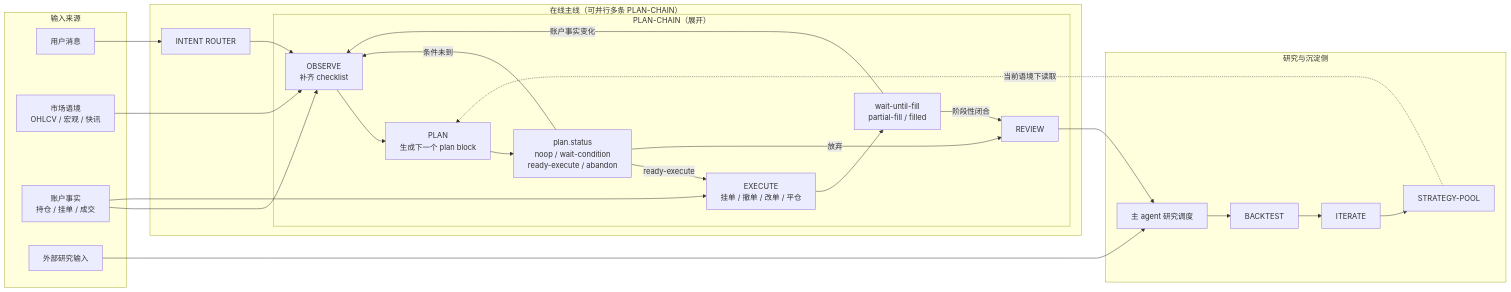
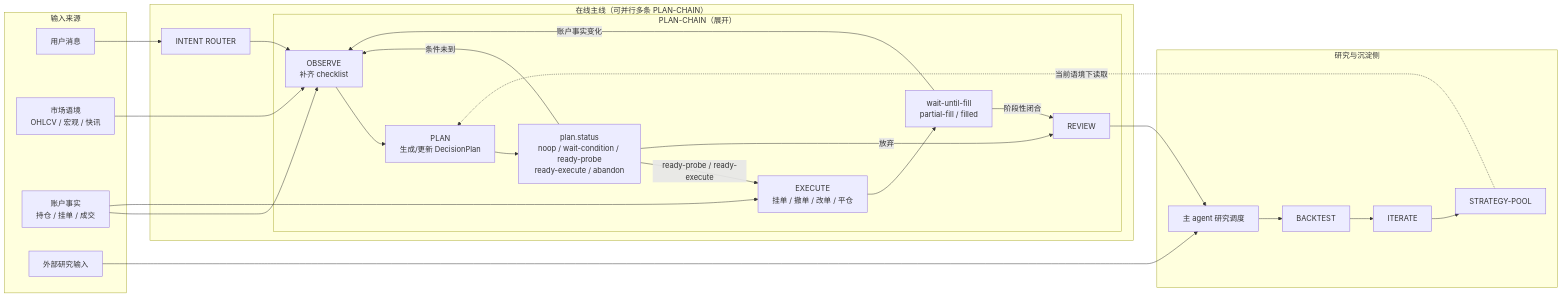
One commit to qOeOp/trade changed the diagram in docs/design-architecture.md. Above: the diagram before and after it, drawn with Mermaid. The commit also changed other lines of this file, not shown here.

Commit message:
Refactor plan architecture around DecisionPlan sidecars

````diff
--- a/docs/design-architecture.md
+++ b/docs/design-architecture.md
@@ -18,46 +18,46 @@
 ```mermaid
 flowchart LR
   subgraph INPUT["输入来源"]
     U["用户消息"]
     M["市场语境<br/>OHLCV / 宏观 / 快讯"]
     A["账户事实<br/>持仓 / 挂单 / 成交"]
     X["外部研究输入"]
   end
 
   subgraph ONLINE["在线主线（可并行多条 PLAN-CHAIN）"]
     R["INTENT ROUTER"]
 
     subgraph PC1["PLAN-CHAIN（展开）"]
       O1["OBSERVE<br/>补齐 checklist"]
-      P1["PLAN<br/>生成下一个 plan block"]
-      S1["plan.status<br/>noop / wait-condition<br/>ready-execute / abandon"]
+      P1["PLAN<br/>生成/更新 DecisionPlan"]
+      S1["plan.status<br/>noop / wait-condition / ready-probe<br/>ready-execute / abandon"]
       E1["EXECUTE<br/>挂单 / 撤单 / 改单 / 平仓"]
       F1["wait-until-fill<br/>partial-fill / filled"]
       V1["REVIEW"]
 
       O1 --> P1 --> S1
       S1 -->|条件未到| O1
-      S1 -->|ready-execute| E1
+      S1 -->|ready-probe / ready-execute| E1
       E1 --> F1
       F1 -->|账户事实变化| O1
       F1 -->|阶段性闭合| V1
       S1 -->|放弃| V1
     end
   end
 
   subgraph RESEARCH["研究与沉淀侧"]
     D1["主 agent 研究调度"]
     B1["BACKTEST"]
     I1["ITERATE"]
     SP["STRATEGY-POOL"]
     D1 --> B1 --> I1 --> SP
   end
 
   U --> R --> O1
   M --> O1
   A --> O1
   A --> E1
   X --> D1
   V1 --> D1
   SP -.当前语境下读取.-> P1
 ```
````
